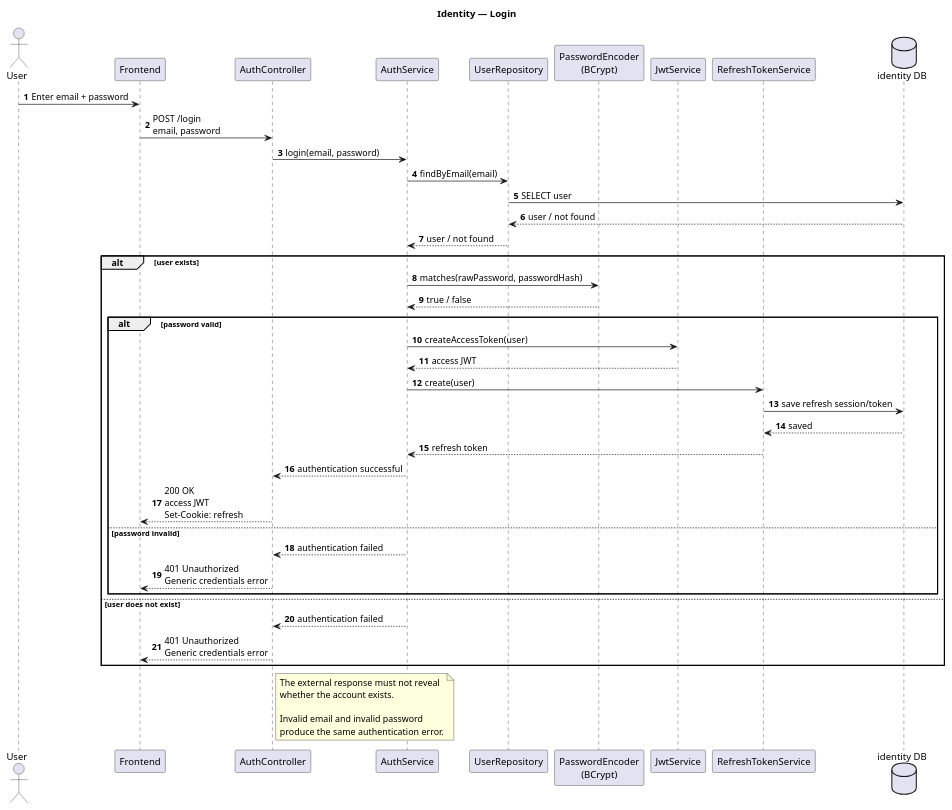
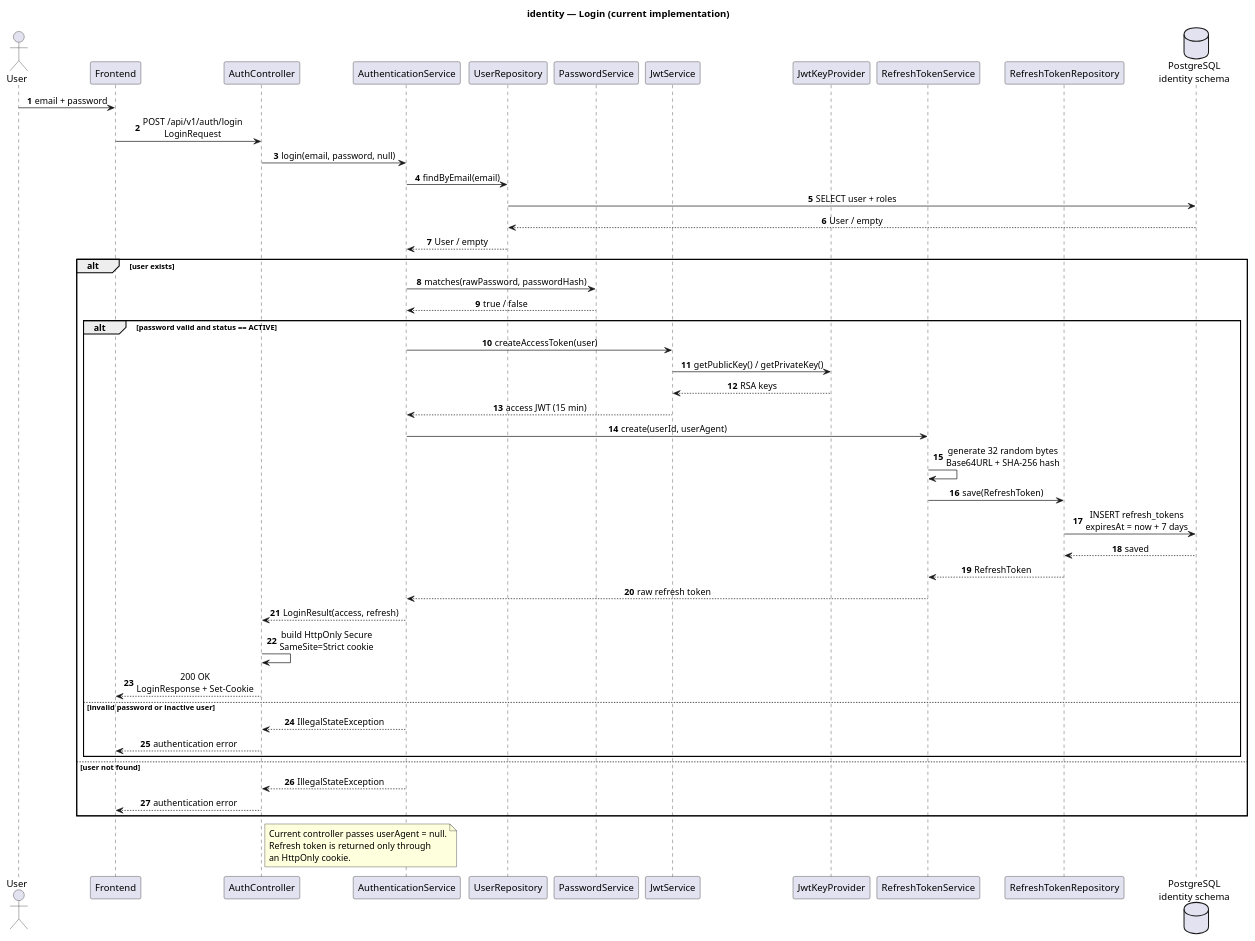
Before and after one commit to senso-platform/senso-backend: the diagram in docs/uml/identity-login-sequence.puml, drawn with PlantUML. The commit also changed 5 other files, not shown here.

```diff
--- a/docs/uml/identity-login-sequence.puml
+++ b/docs/uml/identity-login-sequence.puml
@@ -1,59 +1,68 @@
 @startuml
-title Identity — Login
+
+title identity — Login (current implementation)
 
 autonumber
+skinparam backgroundColor white
+skinparam shadowing false
+skinparam defaultFontName Arial
+skinparam sequenceMessageAlign center
 
 actor User
 participant "Frontend" as FE
 participant "AuthController" as Controller
-participant "AuthService" as Auth
+participant "AuthenticationService" as Authentication
 participant "UserRepository" as UserRepo
-participant "PasswordEncoder\n(BCrypt)" as BCrypt
+participant "PasswordService" as Password
 participant "JwtService" as Jwt
+participant "JwtKeyProvider" as Keys
 participant "RefreshTokenService" as Refresh
-database "identity DB" as DB
+participant "RefreshTokenRepository" as RefreshRepo
+database "PostgreSQL\nidentity schema" as DB
 
-User -> FE : Enter email + password
-FE -> Controller : POST /login\nemail, password
+User -> FE : email + password
+FE -> Controller : POST /api/v1/auth/login\nLoginRequest
+Controller -> Authentication : login(email, password, null)
 
-Controller -> Auth : login(email, password)
-
-Auth -> UserRepo : findByEmail(email)
-UserRepo -> DB : SELECT user
-DB --> UserRepo : user / not found
-UserRepo --> Auth : user / not found
+Authentication -> UserRepo : findByEmail(email)
+UserRepo -> DB : SELECT user + roles
+DB --> UserRepo : User / empty
+UserRepo --> Authentication : User / empty
 
 alt user exists
-    Auth -> BCrypt : matches(rawPassword, passwordHash)
-    BCrypt --> Auth : true / false
+    Authentication -> Password : matches(rawPassword, passwordHash)
+    Password --> Authentication : true / false
 
-    alt password valid
-        Auth -> Jwt : createAccessToken(user)
-        Jwt --> Auth : access JWT
+    alt password valid and status == ACTIVE
+        Authentication -> Jwt : createAccessToken(user)
+        Jwt -> Keys : getPublicKey() / getPrivateKey()
+        Keys --> Jwt : RSA keys
+        Jwt --> Authentication : access JWT (15 min)
 
-        Auth -> Refresh : create(user)
-        Refresh -> DB : save refresh session/token
-        DB --> Refresh : saved
-        Refresh --> Auth : refresh token
+        Authentication -> Refresh : create(userId, userAgent)
+        Refresh -> Refresh : generate 32 random bytes\nBase64URL + SHA-256 hash
+        Refresh -> RefreshRepo : save(RefreshToken)
+        RefreshRepo -> DB : INSERT refresh_tokens\nexpiresAt = now + 7 days
+        DB --> RefreshRepo : saved
+        RefreshRepo --> Refresh : RefreshToken
+        Refresh --> Authentication : raw refresh token
 
-        Auth --> Controller : authentication successful
-        Controller --> FE : 200 OK\naccess JWT\nSet-Cookie: refresh
-    else password invalid
-        Auth --> Controller : authentication failed
-        Controller --> FE : 401 Unauthorized\nGeneric credentials error
+        Authentication --> Controller : LoginResult(access, refresh)
+        Controller -> Controller : build HttpOnly Secure\nSameSite=Strict cookie
+        Controller --> FE : 200 OK\nLoginResponse + Set-Cookie
+    else invalid password or inactive user
+        Authentication --> Controller : IllegalStateException
+        Controller --> FE : authentication error
     end
-
-else user does not exist
-    Auth --> Controller : authentication failed
-    Controller --> FE : 401 Unauthorized\nGeneric credentials error
+else user not found
+    Authentication --> Controller : IllegalStateException
+    Controller --> FE : authentication error
 end
 
 note right of Controller
-The external response must not reveal
-whether the account exists.
-
-Invalid email and invalid password
-produce the same authentication error.
+Current controller passes userAgent = null.
+Refresh token is returned only through
+an HttpOnly cookie.
 end note
 
 @enduml
```
